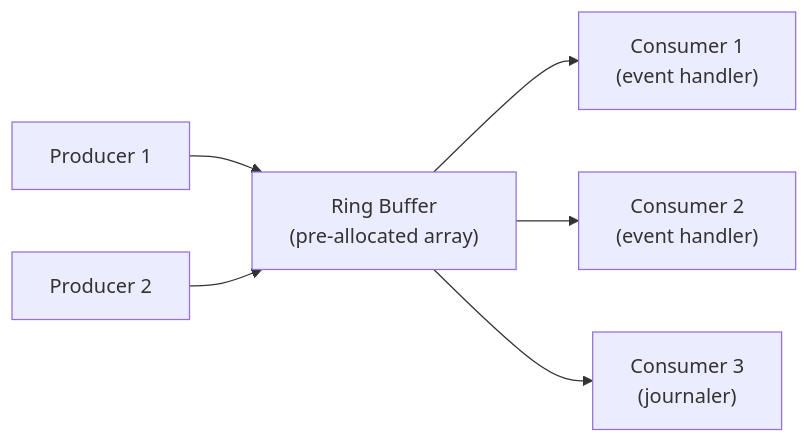
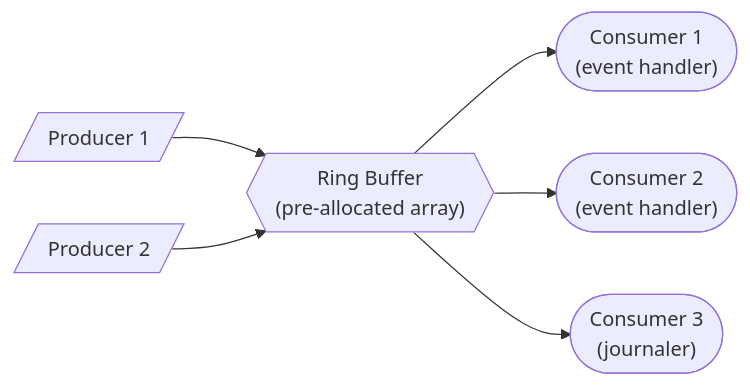
Before and after one commit to saivamsikaruturi/vamsilabs-dev-notes-main: the fourth of 4 diagrams in docs/java/ConcurrencyPatterns.md, drawn with Mermaid. The commit also changed other lines of this file and 146 other files, not shown here.

Commit message:
Horizontal diagrams, UML class diagrams, typography overhaul, and permalink cleanup

````diff
--- a/docs/java/ConcurrencyPatterns.md
+++ b/docs/java/ConcurrencyPatterns.md
@@ -708,8 +708,8 @@
 ```mermaid
-graph LR
-    P1["Producer 1"] --> RB["Ring Buffer<br/>(pre-allocated array)"]
-    P2["Producer 2"] --> RB
-    RB --> C1["Consumer 1<br/>(event handler)"]
-    RB --> C2["Consumer 2<br/>(event handler)"]
-    RB --> C3["Consumer 3<br/>(journaler)"]
+flowchart LR
+    P1[/"Producer 1"/] --> RB{{"Ring Buffer<br/>(pre-allocated array)"}}
+    P2[/"Producer 2"/] --> RB
+    RB --> C1(["Consumer 1<br/>(event handler)"])
+    RB --> C2(["Consumer 2<br/>(event handler)"])
+    RB --> C3(["Consumer 3<br/>(journaler)"])
 ```
````
